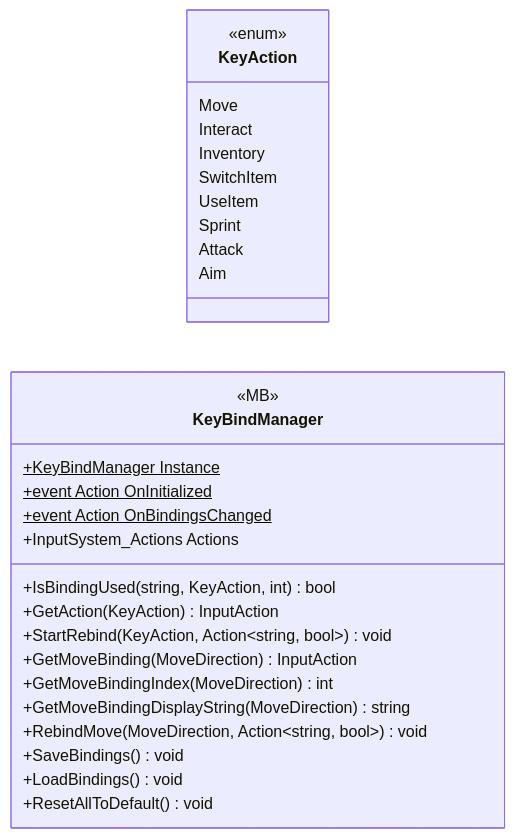
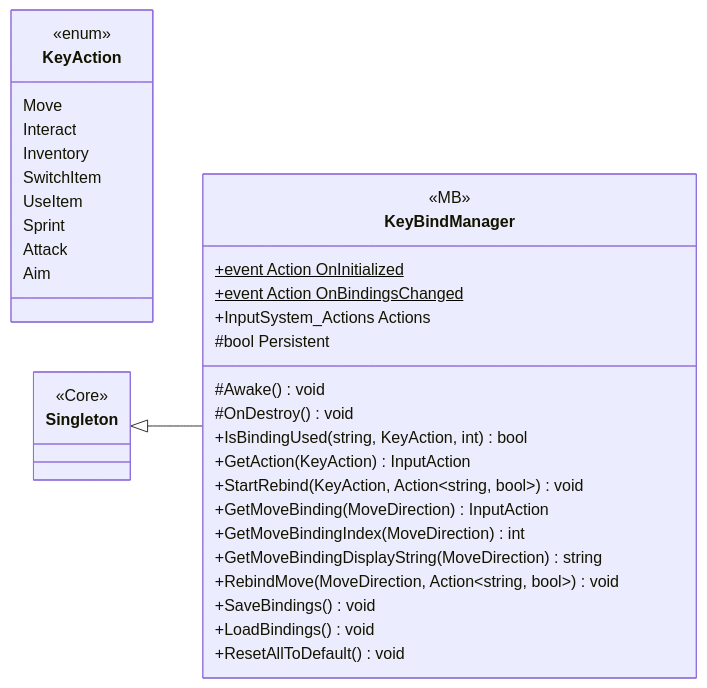
One commit to PhumipatWave/project-ocean changed the diagram in docs/uml/modules/Core_Inputs_KeyBind.md. Above: the diagram before and after it, drawn with Mermaid. The commit also changed other lines of this file and 71 other files, not shown here.

Commit message:
Update UML diagrams

````diff
--- a/docs/uml/modules/Core_Inputs_KeyBind.md
+++ b/docs/uml/modules/Core_Inputs_KeyBind.md
@@ -7,32 +7,38 @@
 ```mermaid
 classDiagram
   direction LR
   class KeyAction {
     <<enum>>
     Move
     Interact
     Inventory
     SwitchItem
     UseItem
     Sprint
     Attack
     Aim
   }
   class KeyBindManager {
     <<MB>>
-    +KeyBindManager Instance$
     +event Action OnInitialized$
     +event Action OnBindingsChanged$
     +InputSystem_Actions Actions
+    #bool Persistent
+    #Awake() void
+    #OnDestroy() void
     +IsBindingUsed(string, KeyAction, int) bool
     +GetAction(KeyAction) InputAction
     +StartRebind(KeyAction, Action~string, bool~) void
     +GetMoveBinding(MoveDirection) InputAction
     +GetMoveBindingIndex(MoveDirection) int
     +GetMoveBindingDisplayString(MoveDirection) string
     +RebindMove(MoveDirection, Action~string, bool~) void
     +SaveBindings() void
     +LoadBindings() void
     +ResetAllToDefault() void
   }
+  class Singleton {
+    <<Core>>
+  }
+  Singleton <|-- KeyBindManager
 ```
````
